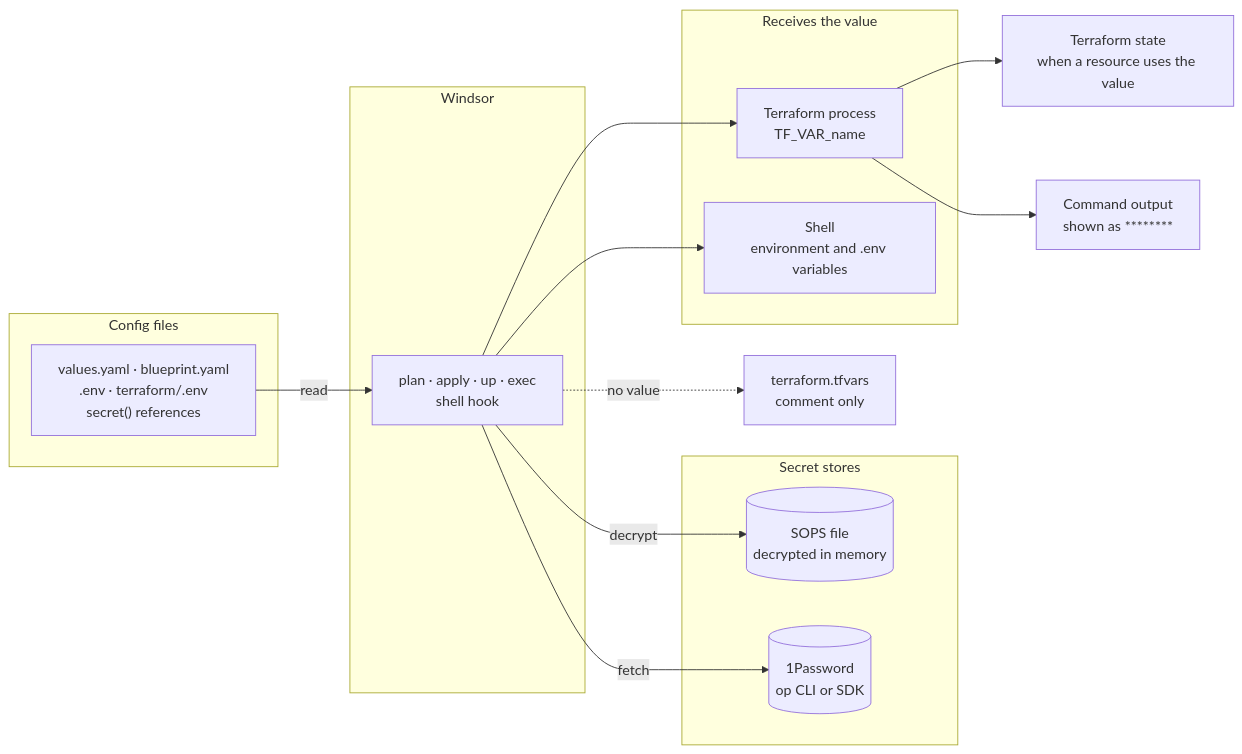
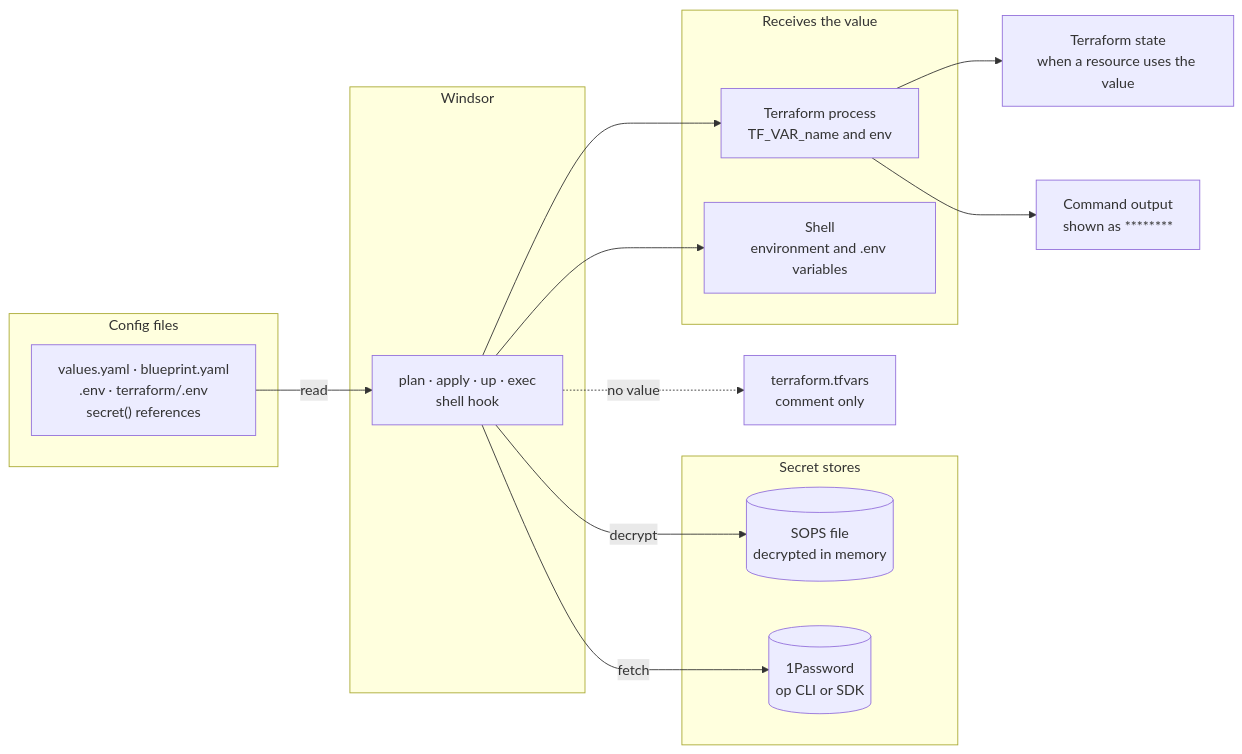
The diagram in content/secrets/overview.md (windsorcli/docs), drawn with Mermaid before and after one commit. The commit also changed other lines of this file and 2 other files, not shown here.

````diff
--- a/content/secrets/overview.md
+++ b/content/secrets/overview.md
@@ -96,29 +111,29 @@
 ```mermaid
 flowchart LR
   subgraph Config["Config files"]
     Refs["values.yaml · blueprint.yaml<br/>.env · terraform/.env<br/>secret() references"]
   end
   subgraph Windsor["Windsor"]
     Cmd["plan · apply · up · exec<br/>shell hook"]
   end
   subgraph Stores["Secret stores"]
     SOPS[("SOPS file<br/>decrypted in memory")]
     OP[("1Password<br/>op CLI or SDK")]
   end
   subgraph Dest["Receives the value"]
-    TF["Terraform process<br/>TF_VAR_name"]
+    TF["Terraform process<br/>TF_VAR_name and env"]
     Env["Shell<br/>environment and .env variables"]
   end
   Tfvars["terraform.tfvars<br/>comment only"]
   State["Terraform state<br/>when a resource uses the value"]
   Out["Command output<br/>shown as ********"]
 
   Refs -->|read| Cmd
   Cmd -->|decrypt| SOPS
   Cmd -->|fetch| OP
   Cmd --> TF
   Cmd --> Env
   Cmd -.->|no value| Tfvars
   TF --> State
   TF --> Out
 ```
````
